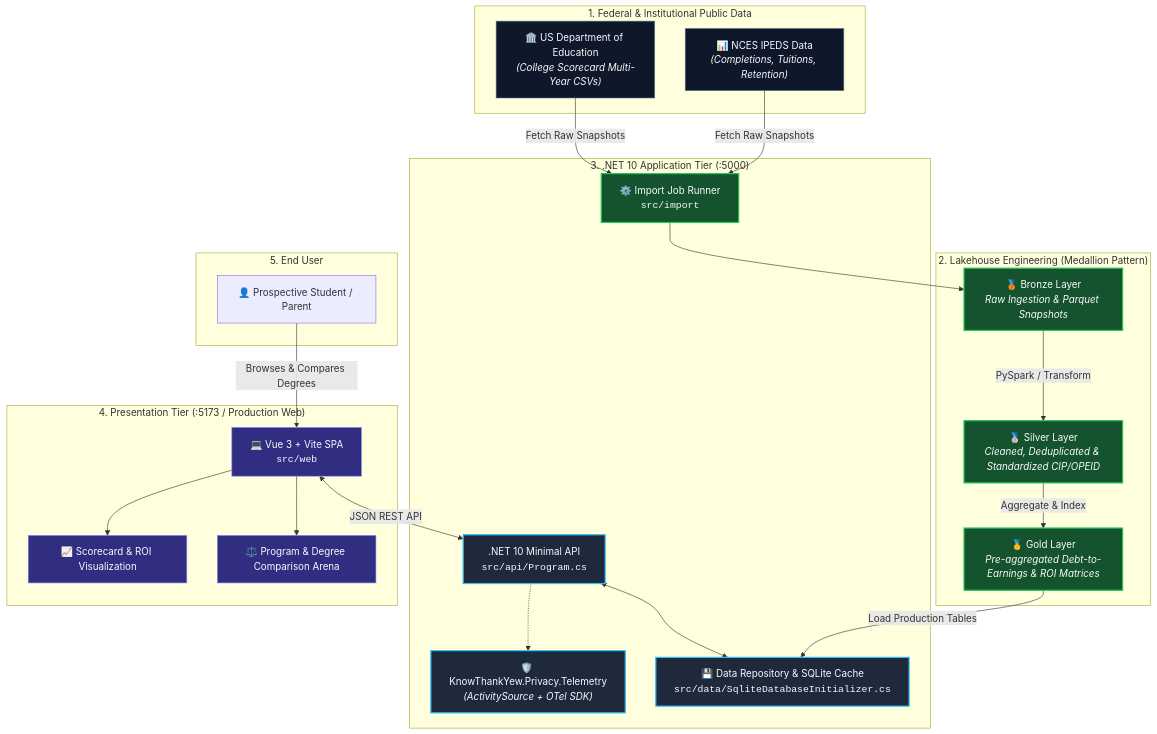
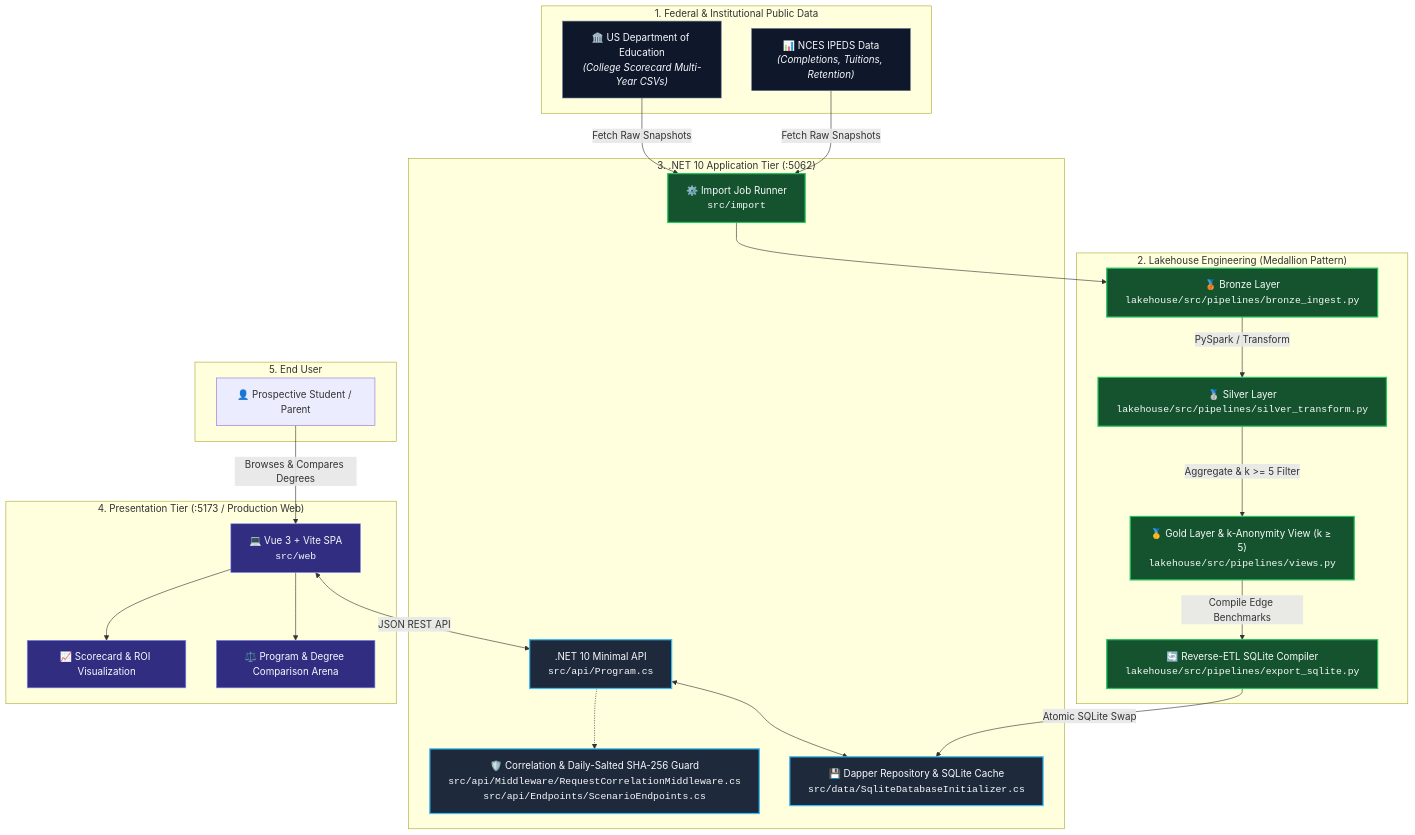
Before and after one commit to knowthankyew/gradcast: the first of 2 diagrams in docs/ARCHITECTURE.md, drawn with Mermaid. The commit also changed other lines of this file and 6 other files, not shown here.

First line of the commit message:
feat(governance): harden claims linter, fix NOTICE/ARCHITECTURE drift & add unit tests (#47)

````diff
--- a/docs/ARCHITECTURE.md
+++ b/docs/ARCHITECTURE.md
@@ -24,55 +24,57 @@
 ```mermaid
 flowchart TD
     subgraph PublicDataSources["1. Federal & Institutional Public Data"]
         DeptEd["🏛️ US Department of Education<br/><i>(College Scorecard Multi-Year CSVs)</i>"]
         IPEDS["📊 NCES IPEDS Data<br/><i>(Completions, Tuitions, Retention)</i>"]
     end
 
     subgraph LakehousePipeline["2. Lakehouse Engineering (Medallion Pattern)"]
-        Bronze["🥉 Bronze Layer<br/><i>Raw Ingestion & Parquet Snapshots</i>"]
-        Silver["🥈 Silver Layer<br/><i>Cleaned, Deduplicated & Standardized CIP/OPEID</i>"]
-        Gold["🥇 Gold Layer<br/><i>Pre-aggregated Debt-to-Earnings & ROI Matrices</i>"]
+        Bronze["🥉 Bronze Layer<br/><code>lakehouse/src/pipelines/bronze_ingest.py</code>"]
+        Silver["🥈 Silver Layer<br/><code>lakehouse/src/pipelines/silver_transform.py</code>"]
+        Gold["🥇 Gold Layer &amp; k-Anonymity View (k &ge; 5)<br/><code>lakehouse/src/pipelines/views.py</code>"]
+        ReverseETL["🔄 Reverse-ETL SQLite Compiler<br/><code>lakehouse/src/pipelines/export_sqlite.py</code>"]
     end
 
-    subgraph BackendAPI["3. .NET 10 Application Tier (:5000)"]
+    subgraph BackendAPI["3. .NET 10 Application Tier (:5062)"]
         Importer["⚙️ Import Job Runner<br/><code>src/import</code>"]
         NetAPI[".NET 10 Minimal API<br/><code>src/api/Program.cs</code>"]
-        DataLayer["💾 Data Repository & SQLite Cache<br/><code>src/data/SqliteDatabaseInitializer.cs</code>"]
-        Telemetry["🛡️ KnowThankYew.Privacy.Telemetry<br/><i>(ActivitySource + OTel SDK)</i>"]
+        DataLayer["💾 Dapper Repository &amp; SQLite Cache<br/><code>src/data/SqliteDatabaseInitializer.cs</code>"]
+        PrivacyGuard["🛡️ Correlation &amp; Daily-Salted SHA-256 Guard<br/><code>src/api/Middleware/RequestCorrelationMiddleware.cs</code><br/><code>src/api/Endpoints/ScenarioEndpoints.cs</code>"]
     end
 
     subgraph FrontendSPA["4. Presentation Tier (:5173 / Production Web)"]
         VueApp["💻 Vue 3 + Vite SPA<br/><code>src/web</code>"]
-        CompareArena["⚖️ Program & Degree Comparison Arena"]
-        ScorecardView["📈 Scorecard & ROI Visualization"]
+        CompareArena["⚖️ Program &amp; Degree Comparison Arena"]
+        ScorecardView["📈 Scorecard &amp; ROI Visualization"]
     end
 
     subgraph Consumer["5. End User"]
         Student["👤 Prospective Student / Parent"]
     end
 
     %% Pipeline flow
     DeptEd & IPEDS -->|"Fetch Raw Snapshots"| Importer
     Importer --> Bronze
     Bronze -->|"PySpark / Transform"| Silver
-    Silver -->|"Aggregate & Index"| Gold
-    Gold -->|"Load Production Tables"| DataLayer
+    Silver -->|"Aggregate &amp; k >= 5 Filter"| Gold
+    Gold -->|"Compile Edge Benchmarks"| ReverseETL
+    ReverseETL -->|"Atomic SQLite Swap"| DataLayer
 
     %% Runtime flow
     NetAPI <--> DataLayer
-    NetAPI -.-> Telemetry
+    NetAPI -.-> PrivacyGuard
     VueApp <-->|"JSON REST API"| NetAPI
     VueApp --> CompareArena & ScorecardView
 
-    Student -->|"Browses & Compares Degrees"| VueApp
+    Student -->|"Browses &amp; Compares Degrees"| VueApp
 
     classDef src fill:#0f172a,stroke:#64748b,stroke-width:1px,color:#f8fafc;
     classDef lake fill:#14532d,stroke:#22c55e,stroke-width:2px,color:#f8fafc;
     classDef net fill:#1e293b,stroke:#38bdf8,stroke-width:2px,color:#f8fafc;
     classDef ui fill:#312e81,stroke:#818cf8,stroke-width:1px,color:#f8fafc;
 
     class DeptEd,IPEDS src;
-    class Bronze,Silver,Gold,Importer lake;
-    class NetAPI,DataLayer,Telemetry net;
+    class Bronze,Silver,Gold,ReverseETL,Importer lake;
+    class NetAPI,DataLayer,PrivacyGuard net;
     class VueApp,CompareArena,ScorecardView ui;
 ```
````
